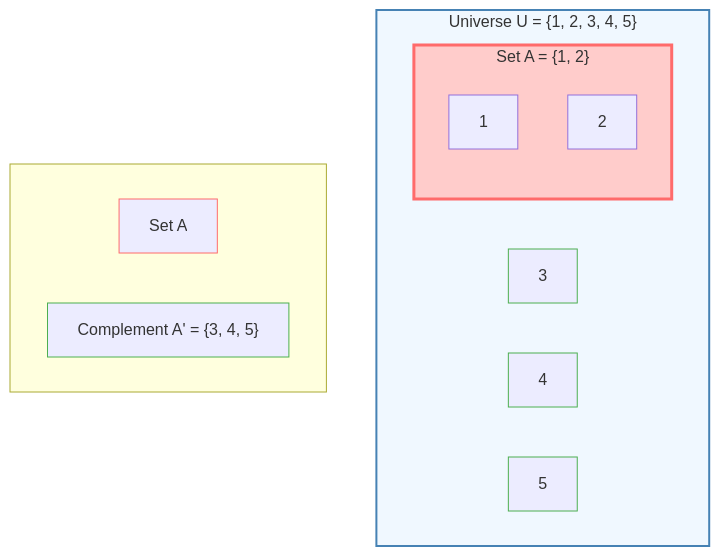
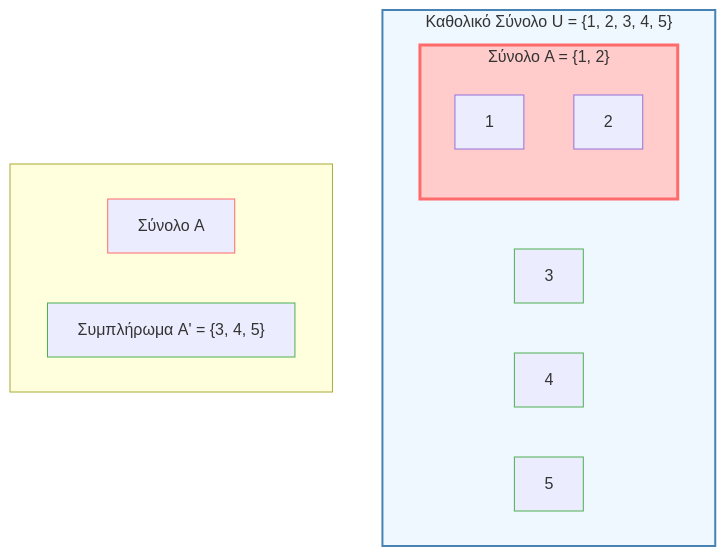
One commit to PanagopoulosNikolaos/DitOpenNotes changed the first of 6 diagrams in Year_1/Semester_2/DISCRETE_MATHEMATICS/Resources/Notes/2_Operations & Venn Diagrams.md. Above: the diagram before and after it, drawn with Mermaid. The commit also changed other lines of this file and 8 other files, not shown here.

````diff
--- a/Year_1/Semester_2/DISCRETE_MATHEMATICS/Resources/Notes/2_Operations & Venn Diagrams.md
+++ b/Year_1/Semester_2/DISCRETE_MATHEMATICS/Resources/Notes/2_Operations & Venn Diagrams.md
@@ -16,27 +16,27 @@
 ```mermaid
 graph TD
-    subgraph U [" Universe U = {1, 2, 3, 4, 5}"]
-        subgraph A ["Set A = {1, 2}"]
+    subgraph U [" Καθολικό Σύνολο U = {1, 2, 3, 4, 5}"]
+        subgraph A ["Σύνολο A = {1, 2}"]
             style A fill:#ffcccb,stroke:#ff6b6b,stroke-width:3px
             a1[1]
             a2[2]
         end
         
         c3[3]
         c4[4] 
         c5[5]
     end
     
     subgraph Legend [" "]
-        L1[" Set A"]
-        L2[" Complement A' = {3, 4, 5}"]
+        L1[" Σύνολο A"]
+        L2[" Συμπλήρωμα A' = {3, 4, 5}"]
     end
     
     style U fill:#f0f8ff,stroke:#4682b4,stroke-width:2px
     style c3 fill:#f,stroke:#4caf50
     style c4 fill:#f,stroke:#4caf50  
     style c5 fill:#f,stroke:#4caf50
     style L1 fill:#f,stroke:#ff6b6b
     style L2 fill:#f,stroke:#4caf50
 
 ```
````
